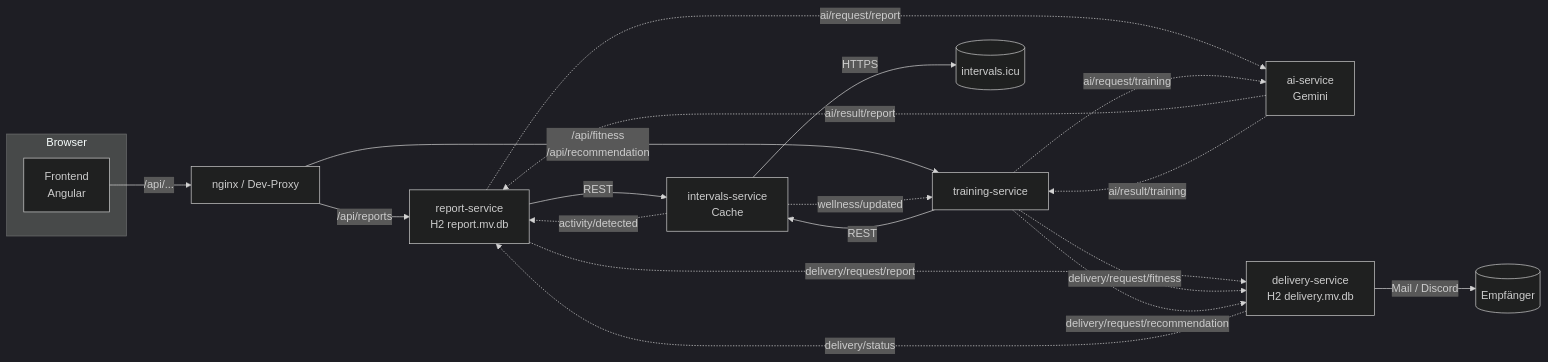
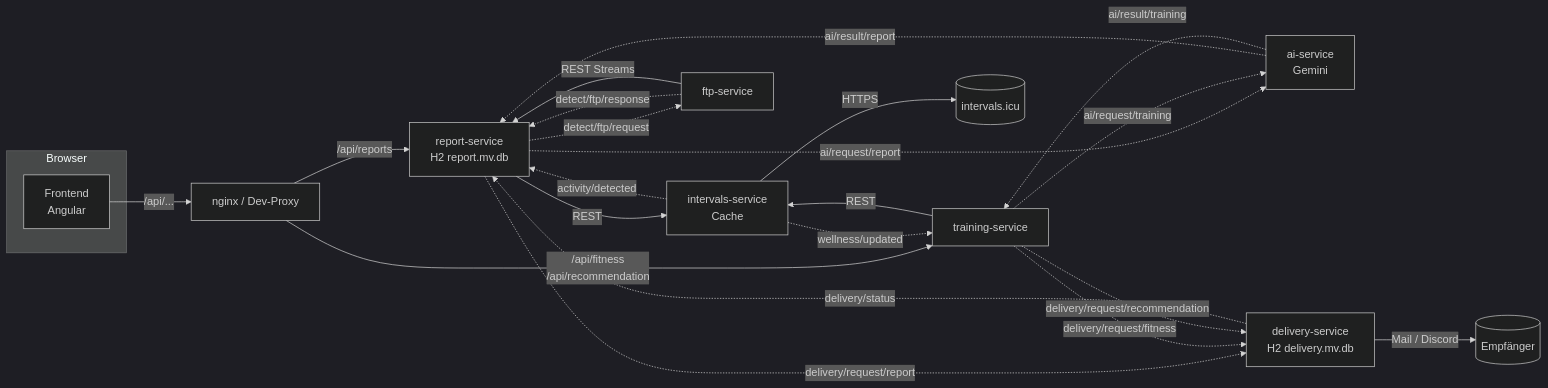
One commit to KlinkerD/Cycling_AI_Analyzer changed the first of 6 diagrams in docs/datenfluesse.md. Above: the diagram before and after it, drawn with Mermaid (dark theme). The commit also changed other lines of this file and 47 other files, not shown here.

First line of the commit message:
Introduce `ftp-service` for detecting FTP tests via MQTT

````diff
--- a/docs/datenfluesse.md
+++ b/docs/datenfluesse.md
@@ -17,26 +17,29 @@
 ```mermaid
 flowchart LR
     subgraph Browser
         FE[Frontend<br/>Angular]
     end
     NG[nginx / Dev-Proxy]
     FE -->|/api/...| NG
     NG -->|/api/reports| RS[report-service<br/>H2 report.mv.db]
     NG -->|/api/fitness<br/>/api/recommendation| TS[training-service]
 
     RS -->|REST| IS[intervals-service<br/>Cache]
     TS -->|REST| IS
     IS -->|HTTPS| ICU[(intervals.icu)]
 
     IS -. activity/detected .-> RS
     IS -. wellness/updated .-> TS
     RS -. ai/request/report .-> AI[ai-service<br/>Gemini]
     AI -. ai/result/report .-> RS
     TS -. ai/request/training .-> AI
     AI -. ai/result/training .-> TS
     RS -. delivery/request/report .-> DS[delivery-service<br/>H2 delivery.mv.db]
     TS -. delivery/request/fitness .-> DS
     TS -. delivery/request/recommendation .-> DS
     DS -. delivery/status .-> RS
     DS -->|Mail / Discord| OUT[(Empfänger)]
+    RS -. detect/ftp/request .-> FT[ftp-service]
+    FT -. detect/ftp/response .-> RS
+    FT -->|REST Streams| RS
 ```
````
